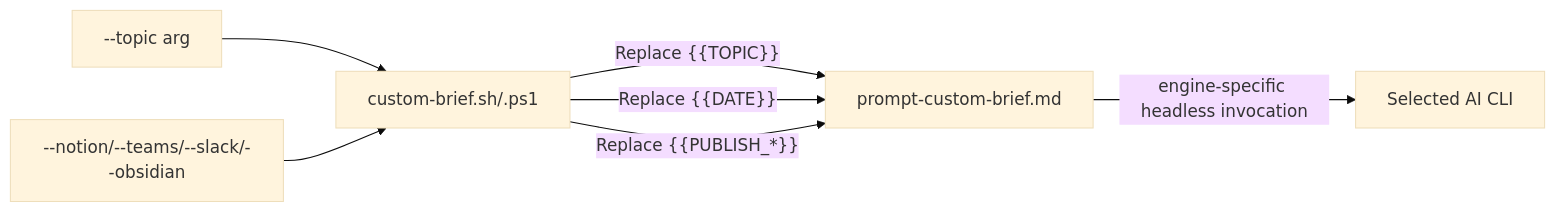
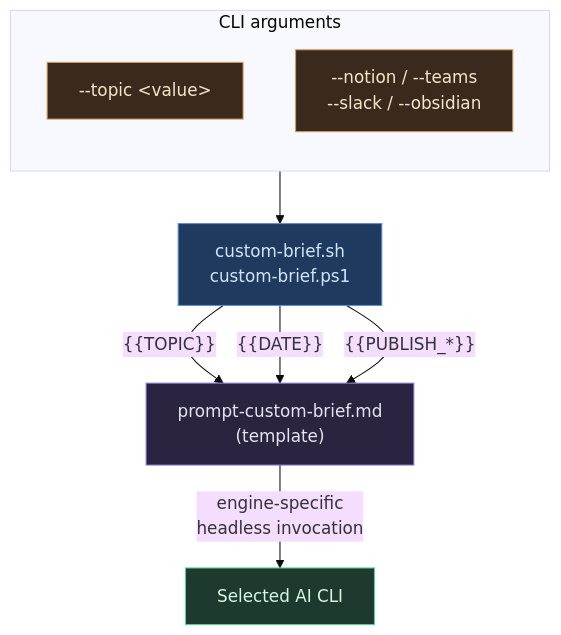
Before and after one commit to apelleg/freight-intel-brief: diagram 13 of 25 in ARCHITECTURE.md, drawn with Mermaid (base theme). The commit also changed other lines of this file and 44 other files, not shown here.

````diff
--- a/ARCHITECTURE.md
+++ b/ARCHITECTURE.md
@@ -637,9 +765,19 @@
 ```mermaid
-flowchart LR
-    T["--topic arg"] --> S["custom-brief.sh/.ps1"]
-    F["--notion/--teams/--slack/--obsidian"] --> S
-    S -->|"Replace {{TOPIC}}"| P["prompt-custom-brief.md"]
-    S -->|"Replace {{DATE}}"| P
-    S -->|"Replace {{PUBLISH_*}}"| P
-    P -->|"engine-specific headless invocation"| C[Selected AI CLI]
+flowchart TD
+    classDef arg  fill:#3a2a1e,stroke:#d49b5b,color:#f5e6c8
+    classDef proc fill:#1e3a5f,stroke:#5b8dd8,color:#d4e4f8
+    classDef tmpl fill:#2a2440,stroke:#8b7ad4,color:#e4e4ef
+    classDef out  fill:#1e3a2f,stroke:#5bd49b,color:#d4f8e2
+
+    subgraph ARGS["CLI arguments"]
+        direction TB
+        T["--topic &lt;value&gt;"]:::arg
+        F["--notion / --teams<br/>--slack / --obsidian"]:::arg
+    end
+
+    ARGS --> S["custom-brief.sh<br/>custom-brief.ps1"]:::proc
+    S -- "{{TOPIC}}" --> P["prompt-custom-brief.md<br/>(template)"]:::tmpl
+    S -- "{{DATE}}" --> P
+    S -- "{{PUBLISH_*}}" --> P
+    P -- "engine-specific<br/>headless invocation" --> C["Selected AI CLI"]:::out
 ```
````
